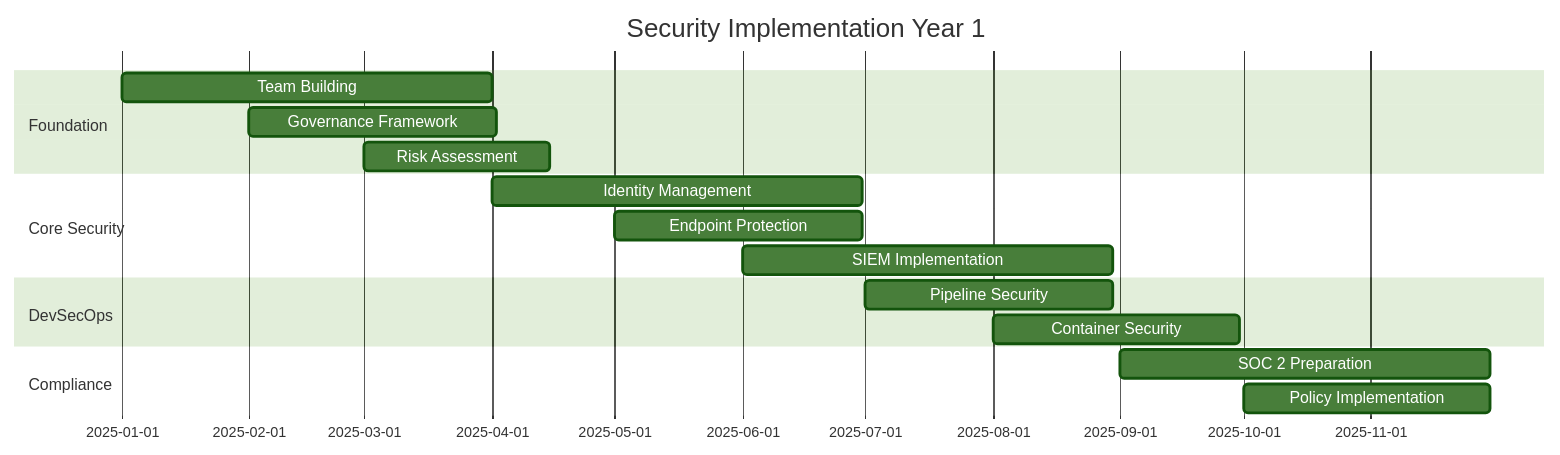
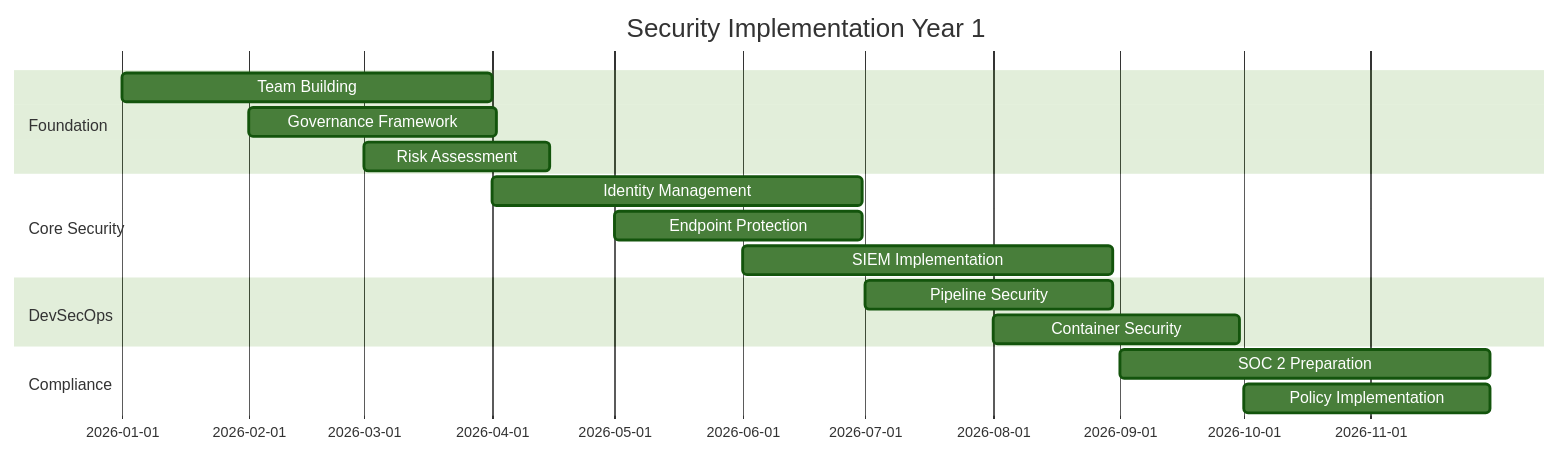
The third of 3 diagrams in security-policy-implementation.md (timothywarner-org/globomantics-robot-fleet), drawn with Mermaid (forest theme) before and after one commit. The commit also changed other lines of this file and 7 other files, not shown here.

````diff
--- a/security-policy-implementation.md
+++ b/security-policy-implementation.md
@@ -801,23 +801,23 @@
 ```mermaid
 gantt
     title Security Implementation Year 1
     dateFormat  YYYY-MM-DD
     
     section Foundation
-    Team Building           :2025-01-01, 90d
-    Governance Framework    :2025-02-01, 60d
-    Risk Assessment        :2025-03-01, 45d
-    
+    Team Building           :2026-01-01, 90d
+    Governance Framework    :2026-02-01, 60d
+    Risk Assessment        :2026-03-01, 45d
+
     section Core Security
-    Identity Management    :2025-04-01, 90d
-    Endpoint Protection    :2025-05-01, 60d
-    SIEM Implementation   :2025-06-01, 90d
-    
+    Identity Management    :2026-04-01, 90d
+    Endpoint Protection    :2026-05-01, 60d
+    SIEM Implementation   :2026-06-01, 90d
+
     section DevSecOps
-    Pipeline Security      :2025-07-01, 60d
-    Container Security     :2025-08-01, 60d
-    
+    Pipeline Security      :2026-07-01, 60d
+    Container Security     :2026-08-01, 60d
+
     section Compliance
-    SOC 2 Preparation     :2025-09-01, 90d
-    Policy Implementation  :2025-10-01, 60d
+    SOC 2 Preparation     :2026-09-01, 90d
+    Policy Implementation  :2026-10-01, 60d
 ```
````
